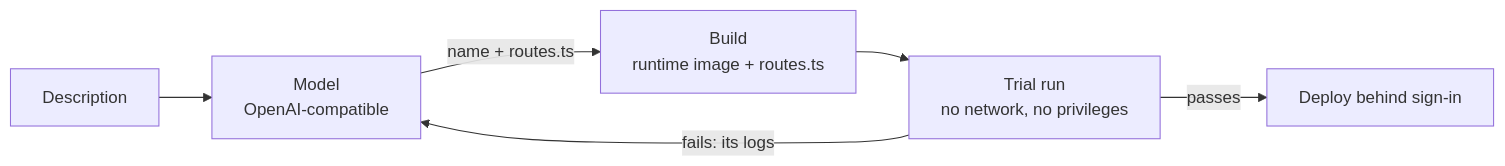
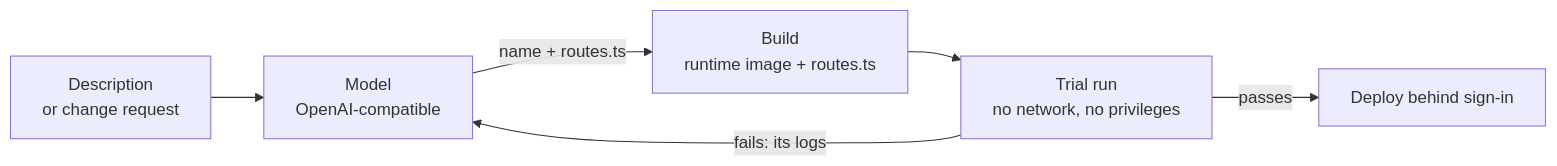
One commit to JGalego/mayfly changed the second of 3 diagrams in README.md. Above: the diagram before and after it, drawn with Mermaid. The commit also changed other lines of this file and 25 other files, not shown here.

````diff
--- a/README.md
+++ b/README.md
@@ -101,8 +102,8 @@
 ```mermaid
 flowchart LR
-  d["Description"] --> m["Model<br/>OpenAI-compatible"]
+  d["Description<br/>or change request"] --> m["Model<br/>OpenAI-compatible"]
   m -->|"name + routes.ts"| b["Build<br/>runtime image + routes.ts"]
   b --> t["Trial run<br/>no network, no privileges"]
   t -->|"fails: its logs"| m
   t -->|"passes"| dep["Deploy behind sign-in"]
 ```
````
